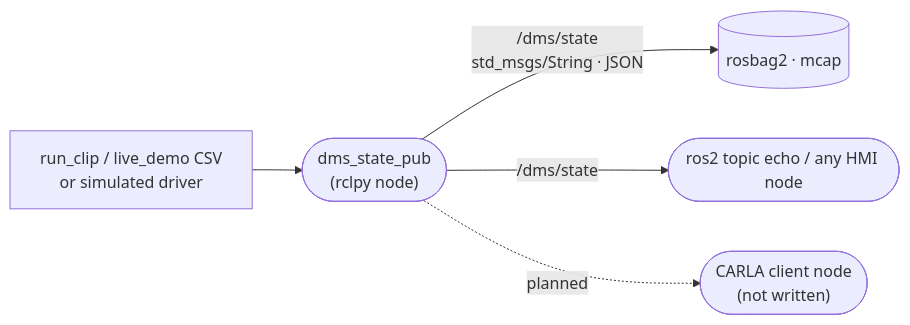
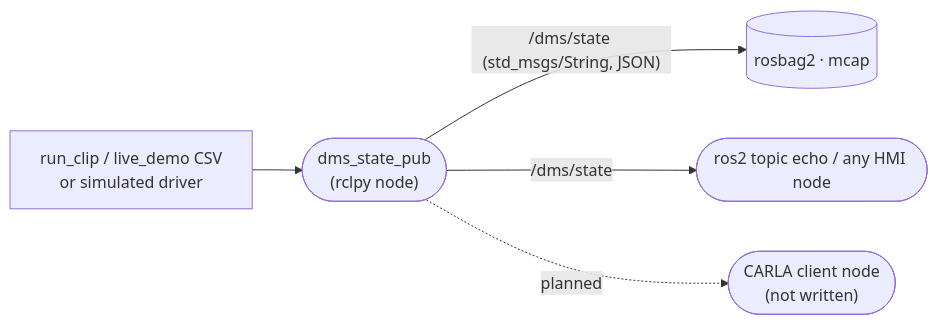
One commit to HarishDeepak/driver-attention-bench changed the second of 3 diagrams in README.md. Above: the diagram before and after it, drawn with Mermaid.

Commit message:
README: safer mermaid edge syntax

````diff
--- a/README.md
+++ b/README.md
@@ -73,7 +73,7 @@
 ```mermaid
 flowchart LR
     SRC["run_clip / live_demo CSV<br/>or simulated driver"] --> PUB(["dms_state_pub<br/>(rclpy node)"])
-    PUB -- "/dms/state<br/>std_msgs/String · JSON" --> BAG[("rosbag2 · mcap")]
-    PUB -- "/dms/state" --> ECHO(["ros2 topic echo / any HMI node"])
-    PUB -. "planned" .-> BR(["CARLA client node<br/>(not written)"])
+    PUB -->|"/dms/state (std_msgs/String, JSON)"| BAG[("rosbag2 · mcap")]
+    PUB -->|"/dms/state"| ECHO(["ros2 topic echo / any HMI node"])
+    PUB -.->|planned| BR(["CARLA client node<br/>(not written)"])
 ```
````
